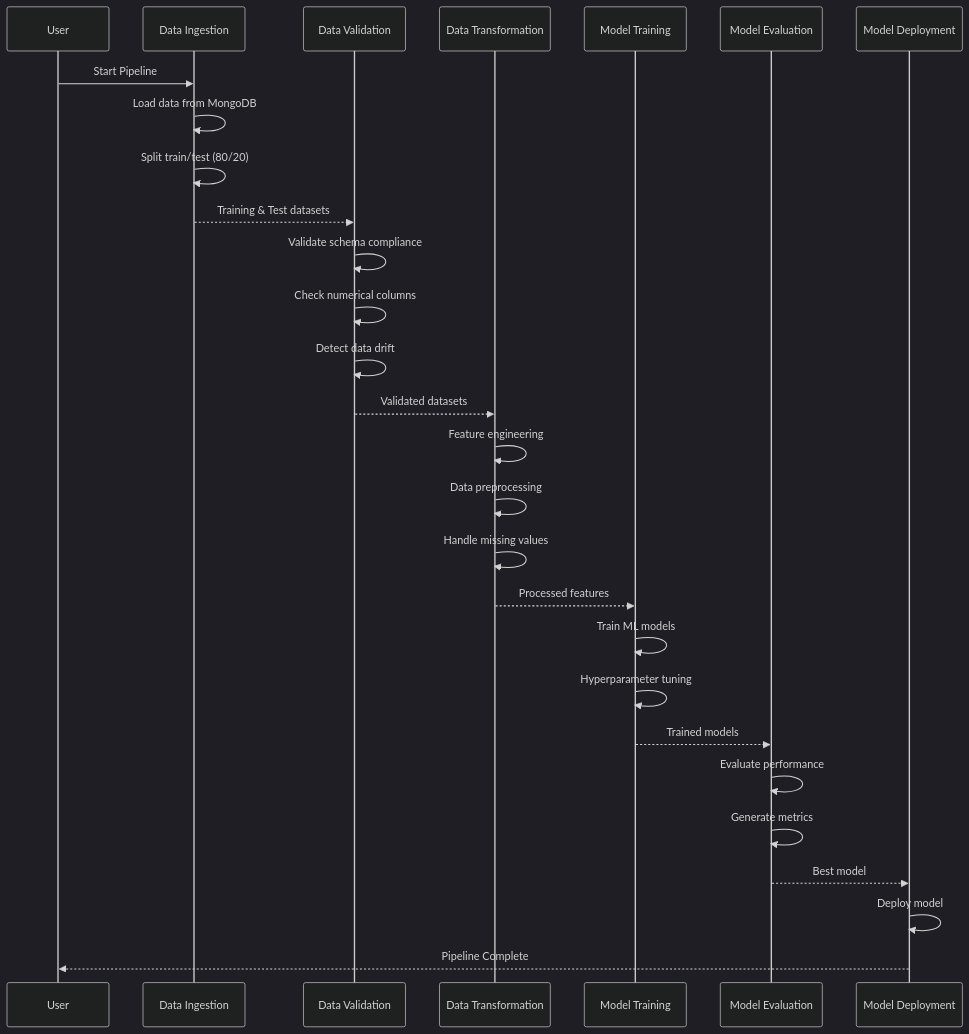
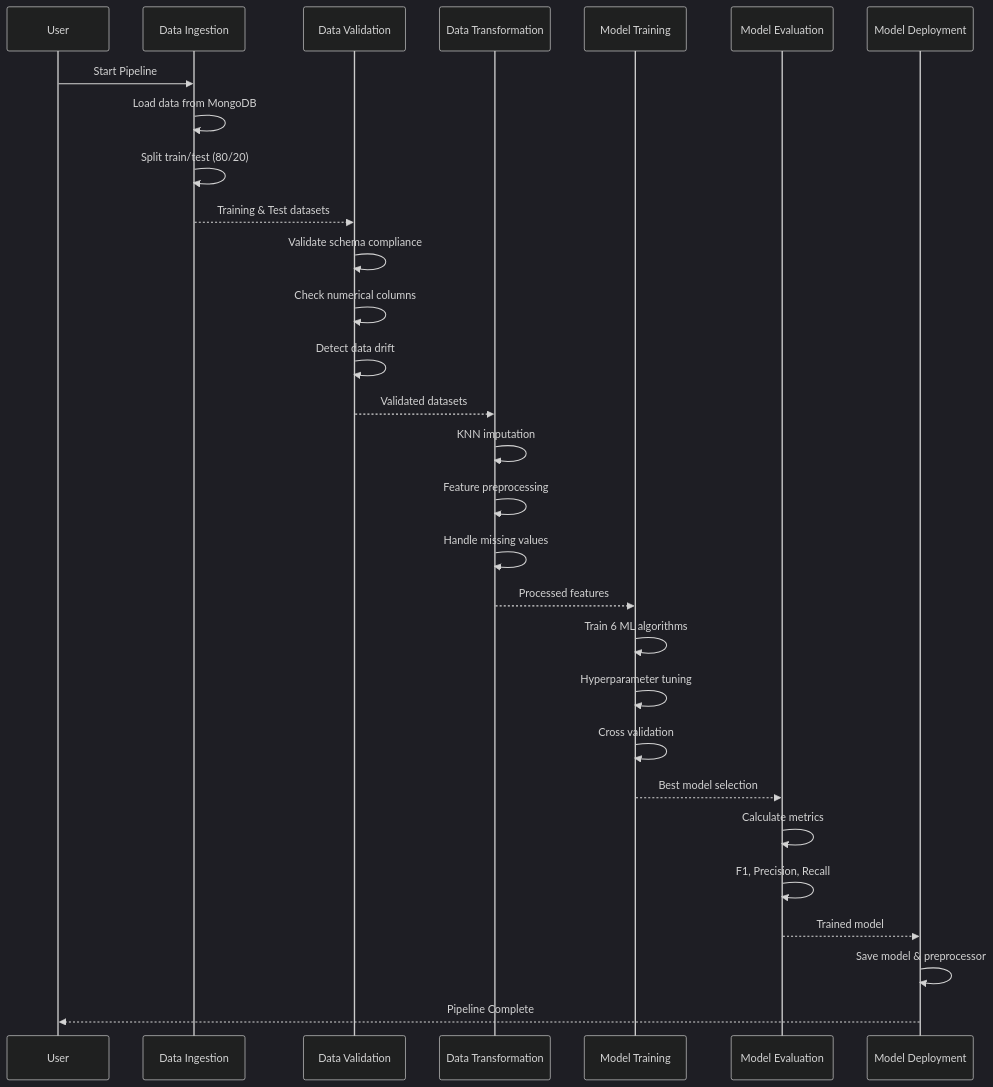
The third of 5 diagrams in README.md (Charan703/E2E_NetworkSecurity), drawn with Mermaid (dark theme) before and after one commit. The commit also changed other lines of this file and 22 other files, not shown here.

````diff
--- a/README.md
+++ b/README.md
@@ -300,36 +317,37 @@
 ```mermaid
 sequenceDiagram
     participant U as User
     participant DI as Data Ingestion
     participant DV as Data Validation
     participant DT as Data Transformation
     participant MT as Model Training
     participant ME as Model Evaluation
     participant MD as Model Deployment
     
     U->>DI: Start Pipeline
     DI->>DI: Load data from MongoDB
     DI->>DI: Split train/test (80/20)
     DI-->>DV: Training & Test datasets
     
     DV->>DV: Validate schema compliance
     DV->>DV: Check numerical columns
     DV->>DV: Detect data drift
     DV-->>DT: Validated datasets
     
-    DT->>DT: Feature engineering
-    DT->>DT: Data preprocessing
+    DT->>DT: KNN imputation
+    DT->>DT: Feature preprocessing
     DT->>DT: Handle missing values
     DT-->>MT: Processed features
     
-    MT->>MT: Train ML models
+    MT->>MT: Train 6 ML algorithms
     MT->>MT: Hyperparameter tuning
-    MT-->>ME: Trained models
+    MT->>MT: Cross validation
+    MT-->>ME: Best model selection
     
-    ME->>ME: Evaluate performance
-    ME->>ME: Generate metrics
-    ME-->>MD: Best model
+    ME->>ME: Calculate metrics
+    ME->>ME: F1, Precision, Recall
+    ME-->>MD: Trained model
     
-    MD->>MD: Deploy model
+    MD->>MD: Save model & preprocessor
     MD-->>U: Pipeline Complete
 ```
````
